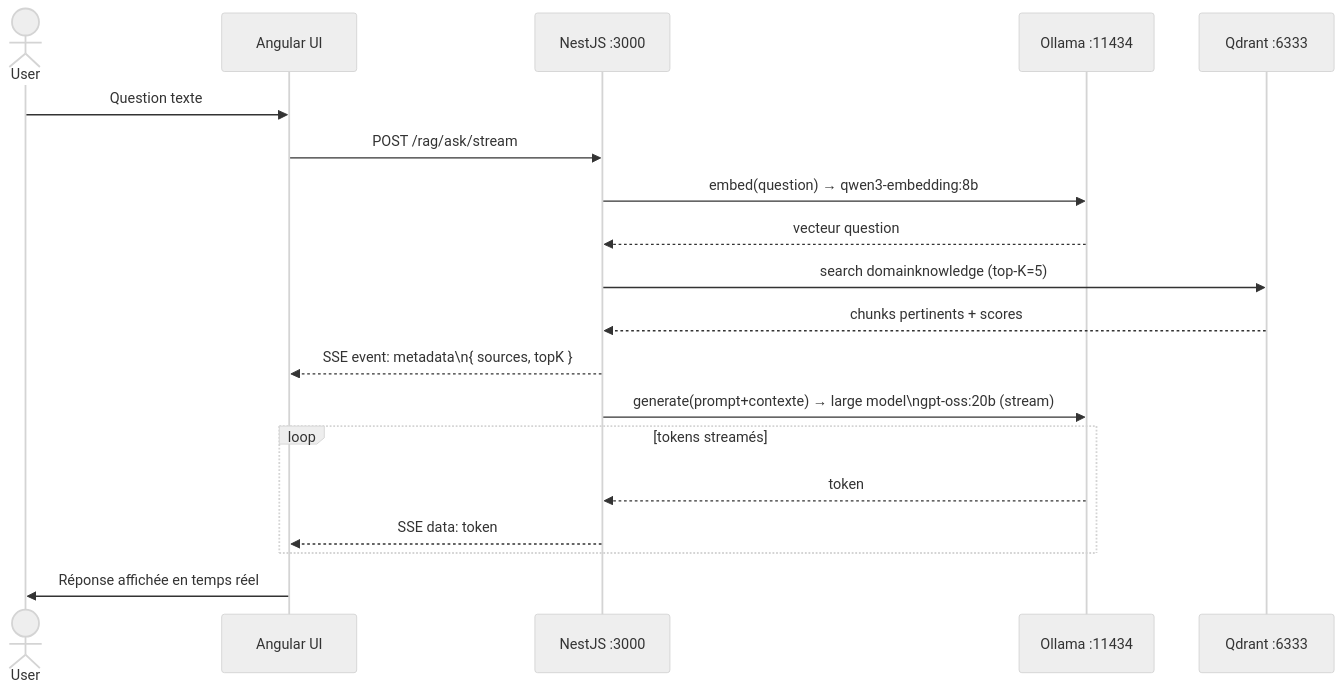
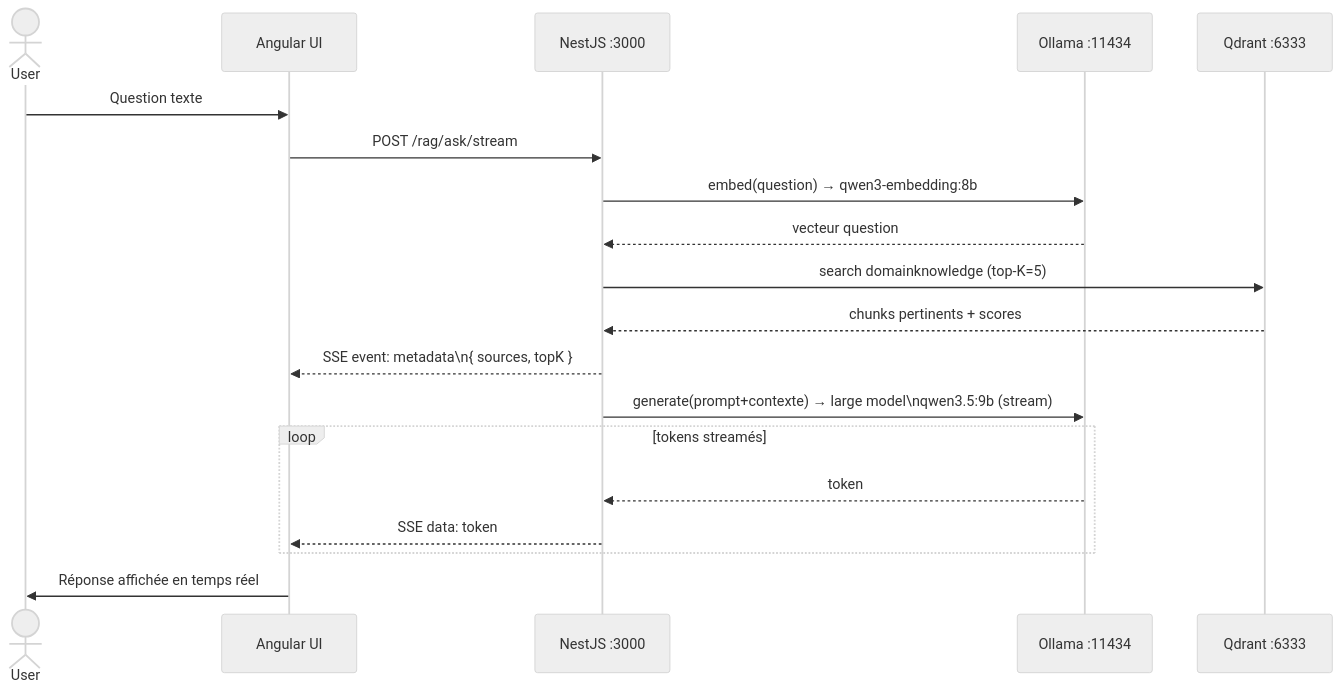
One commit to Yesub/jarvis-full-solution changed the third of 10 diagrams in plan/architecture-flows.md. Above: the diagram before and after it, drawn with Mermaid (neutral theme). The commit also changed other lines of this file and 6 other files, not shown here.

````diff
--- a/plan/architecture-flows.md
+++ b/plan/architecture-flows.md
@@ -106,22 +114,22 @@
 ```mermaid
 sequenceDiagram
     actor User
     participant UI as Angular UI
     participant NestJS as NestJS :3000
     participant Ollama as Ollama :11434
     participant Qdrant as Qdrant :6333
 
     User->>UI: Question texte
     UI->>NestJS: POST /rag/ask/stream
     NestJS->>Ollama: embed(question) → qwen3-embedding:8b
     Ollama-->>NestJS: vecteur question
     NestJS->>Qdrant: search domainknowledge (top-K=5)
     Qdrant-->>NestJS: chunks pertinents + scores
     NestJS-->>UI: SSE event: metadata\n{ sources, topK }
-    NestJS->>Ollama: generate(prompt+contexte) → large model\ngpt-oss:20b (stream)
+    NestJS->>Ollama: generate(prompt+contexte) → large model\nqwen3.5:9b (stream)
     loop tokens streamés
         Ollama-->>NestJS: token
         NestJS-->>UI: SSE data: token
     end
     UI->>User: Réponse affichée en temps réel
 ```
````
